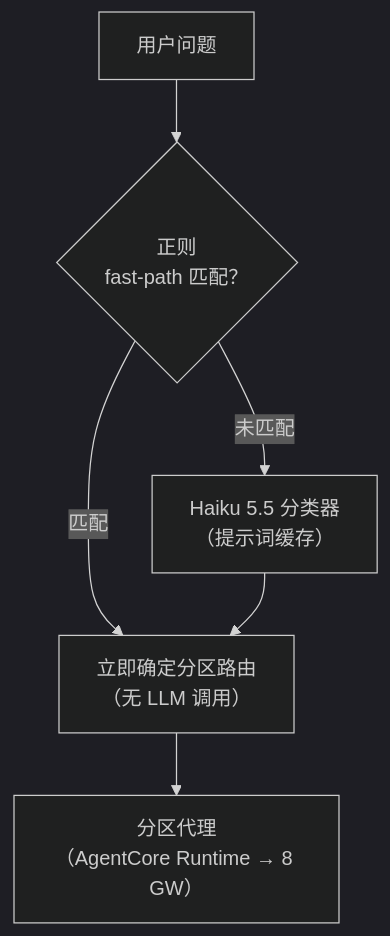
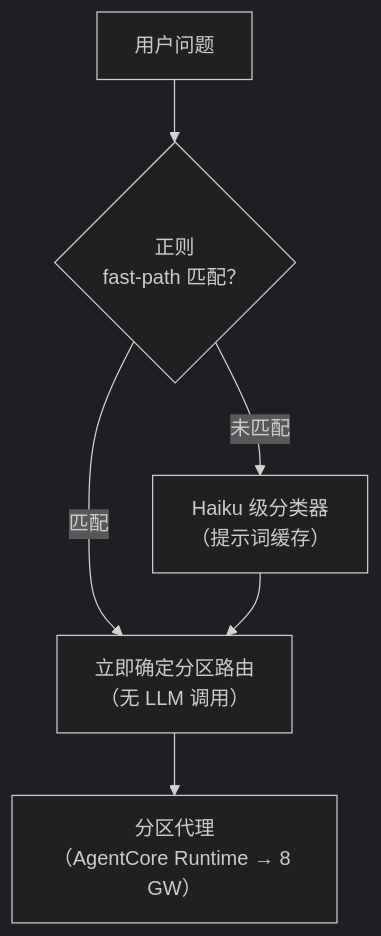
The third of 4 diagrams in docs-site/i18n/zh/docusaurus-plugin-content-docs/current/faq/architecture.md (aws-samples/sample-awsops), drawn with Mermaid (dark theme) before and after one commit. The commit also changed other lines of this file and 38 other files, not shown here.

````diff
--- a/docs-site/i18n/zh/docusaurus-plugin-content-docs/current/faq/architecture.md
+++ b/docs-site/i18n/zh/docusaurus-plugin-content-docs/current/faq/architecture.md
@@ -127,8 +127,8 @@
 ```mermaid
 flowchart TD
   Q["用户问题"] --> REGEX{"正则<br/>fast-path 匹配？"}
   REGEX -->|"匹配"| ROUTE["立即确定分区路由<br/>（无 LLM 调用）"]
-  REGEX -->|"未匹配"| HAIKU["Haiku 5.5 分类器<br/>（提示词缓存）"]
+  REGEX -->|"未匹配"| HAIKU["Haiku 级分类器<br/>（提示词缓存）"]
   HAIKU --> ROUTE
   ROUTE --> AGENT["分区代理<br/>（AgentCore Runtime → 8 GW）"]
 ```
````
